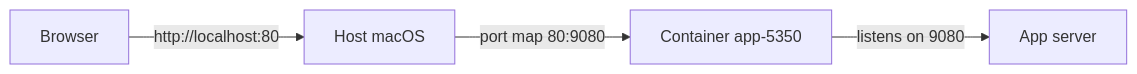
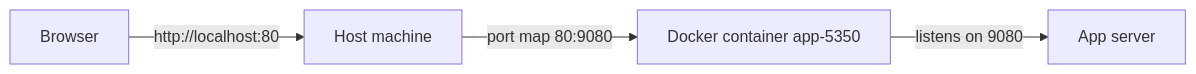
Before and after one commit to iportilla/5350-docker: the second of 3 diagrams in README.md, drawn with Mermaid. The commit also changed other lines of this file and 6 other files, not shown here.

````diff
--- a/README.md
+++ b/README.md
@@ -57,6 +58,6 @@
 ```mermaid
 flowchart LR
-  B[Browser] -->|http://localhost:80| H[Host macOS]
-  H -->|port map 80:9080| C[Container app-5350]
+  B[Browser] -->|http://localhost:80| H[Host machine]
+  H -->|port map 80:9080| C[Docker container app-5350]
   C -->|listens on 9080| A[App server]
 ```
````
